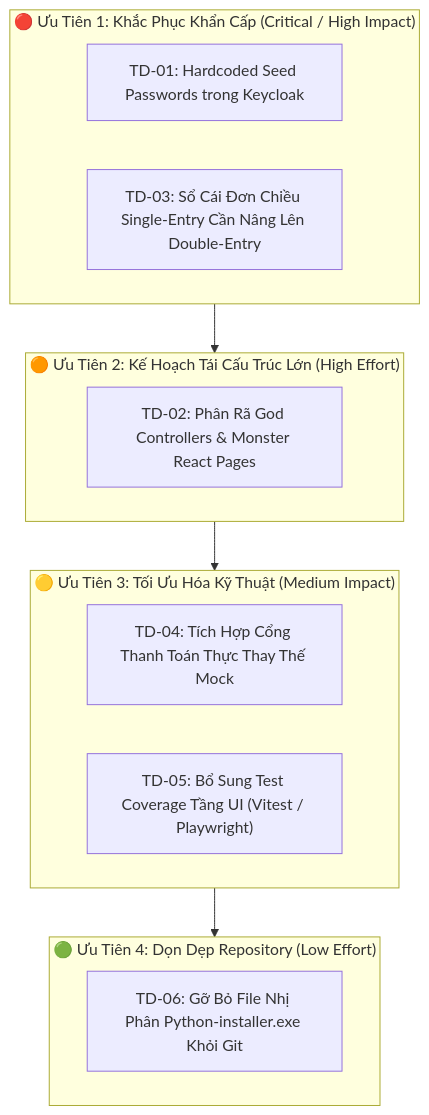
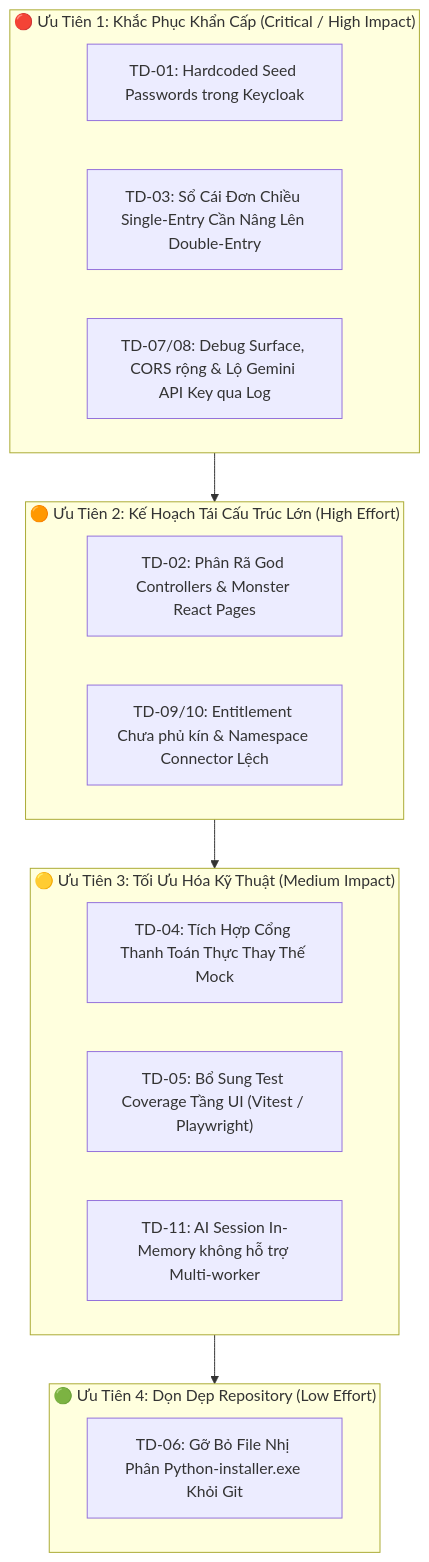
One commit to nhimtjofc/v-erp-lite changed diagram 17 of 17 in docs/ARCHITECTURE_ARC42.md. Above: the diagram before and after it, drawn with Mermaid. The commit also changed other lines of this file and 3 other files, not shown here.

````diff
--- a/docs/ARCHITECTURE_ARC42.md
+++ b/docs/ARCHITECTURE_ARC42.md
@@ -763,22 +966,25 @@
 ```mermaid
 flowchart TB
     subgraph Priority1 ["🔴 Ưu Tiên 1: Khắc Phục Khẩn Cấp (Critical / High Impact)"]
         P1A["TD-01: Hardcoded Seed Passwords trong Keycloak"]
         P1B["TD-03: Sổ Cái Đơn Chiều Single-Entry Cần Nâng Lên Double-Entry"]
+        P1C["TD-07/08: Debug Surface, CORS rộng & Lộ Gemini API Key qua Log"]
     end
 
     subgraph Priority2 ["🟠 Ưu Tiên 2: Kế Hoạch Tái Cấu Trúc Lớn (High Effort)"]
         P2A["TD-02: Phân Rã God Controllers & Monster React Pages"]
+        P2B["TD-09/10: Entitlement Chưa phủ kín & Namespace Connector Lệch"]
     end
 
     subgraph Priority3 ["🟡 Ưu Tiên 3: Tối Ưu Hóa Kỹ Thuật (Medium Impact)"]
         P3A["TD-04: Tích Hợp Cổng Thanh Toán Thực Thay Thế Mock"]
         P3B["TD-05: Bổ Sung Test Coverage Tầng UI (Vitest / Playwright)"]
+        P3C["TD-11: AI Session In-Memory không hỗ trợ Multi-worker"]
     end
 
     subgraph Priority4 ["🟢 Ưu Tiên 4: Dọn Dẹp Repository (Low Effort)"]
         P4A["TD-06: Gỡ Bỏ File Nhị Phân Python-installer.exe Khỏi Git"]
     end
 
     Priority1 --> Priority2 --> Priority3 --> Priority4
 ```
````
